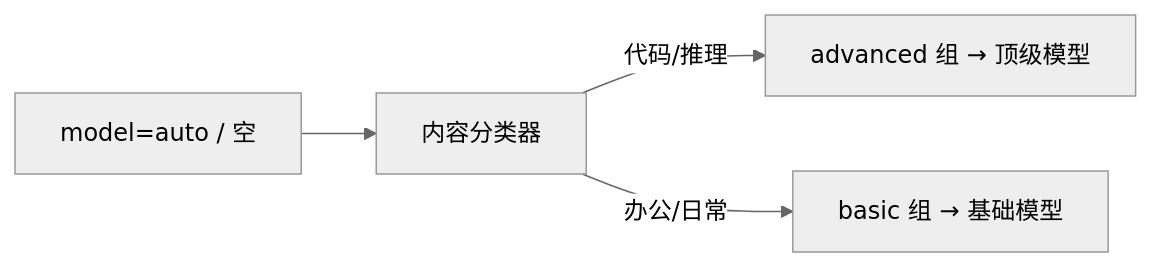
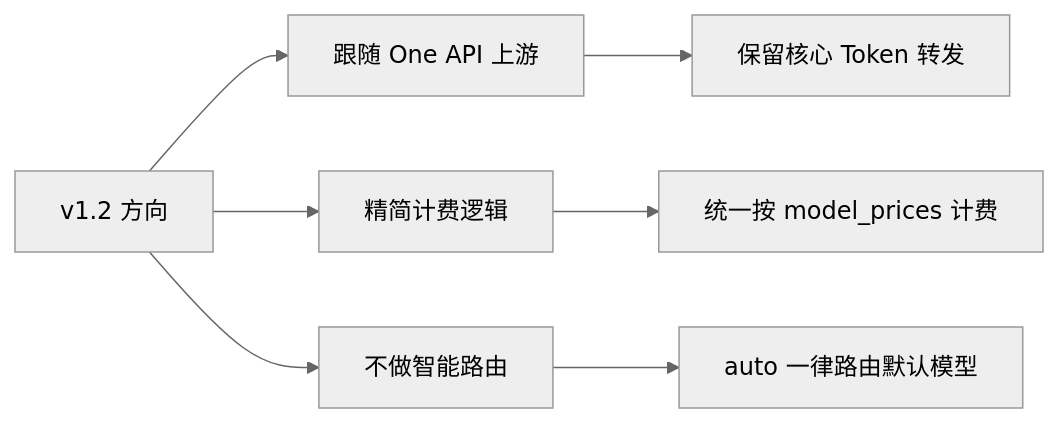
The seventh of 7 diagrams in docs/REQUIREMENTS.md (geoshan/asterisk-token-router), drawn with Mermaid (neutral theme) before and after one commit. The commit also changed other lines of this file and 1 other file, not shown here.

Commit message:
docs: v1.2方向-保留核心转发+精简计费,不做智能路由(REQUIREMENTS v2.4)

````diff
--- a/docs/REQUIREMENTS.md
+++ b/docs/REQUIREMENTS.md
@@ -861,6 +875,9 @@
 ```mermaid
 flowchart LR
-    A["model=auto / 空"] --> B[内容分类器]
-    B -->|代码/推理| C[advanced 组 → 顶级模型]
-    B -->|办公/日常| D[basic 组 → 基础模型]
+    A["v1.2 方向"] --> B[跟随 One API 上游]
+    A --> C[精简计费逻辑]
+    A --> D[不做智能路由]
+    B --> E[保留核心 Token 转发]
+    C --> F[统一按 model_prices 计费]
+    D --> G["auto 一律路由默认模型"]
 ```
````
